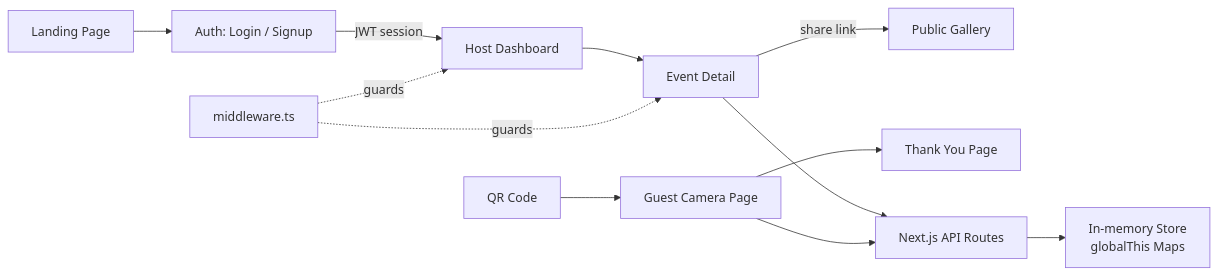
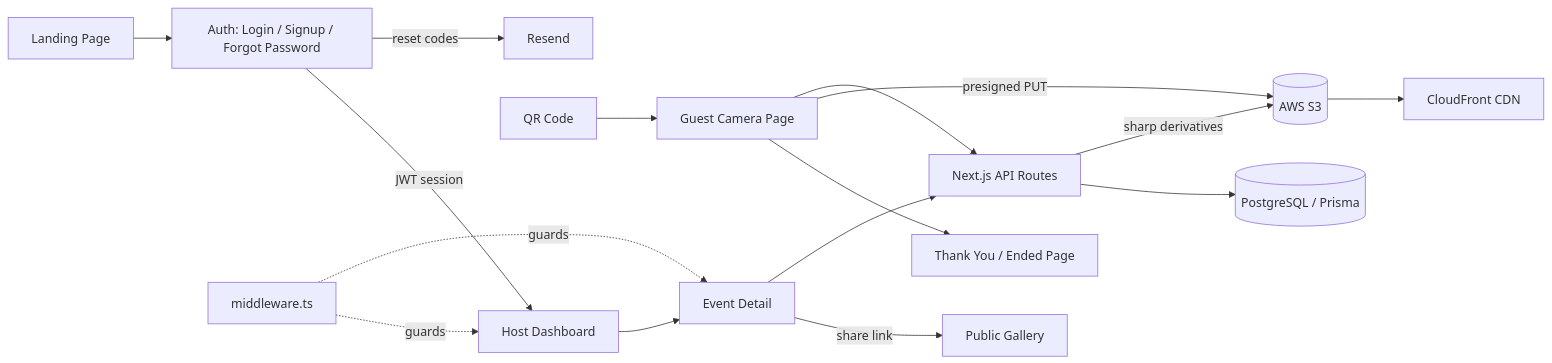
One commit to PrathikVittal/disposable-camera changed the diagram in disposable-camera-event-app-prd_cc74b834.plan.md. Above: the diagram before and after it, drawn with Mermaid. The commit also changed other lines of this file and 2 other files, not shown here.

````diff
--- a/disposable-camera-event-app-prd_cc74b834.plan.md
+++ b/disposable-camera-event-app-prd_cc74b834.plan.md
@@ -317,14 +396,18 @@
 ```mermaid
 flowchart LR
-  landing[Landing Page] --> login[Auth: Login / Signup]
+  landing[Landing Page] --> login[Auth: Login / Signup / Forgot Password]
   login -->|JWT session| dashboard[Host Dashboard]
   dashboard --> eventDetail[Event Detail]
   eventDetail -->|share link| publicGallery[Public Gallery]
   qr[QR Code] --> guestCamera[Guest Camera Page]
-  guestCamera --> thanks[Thank You Page]
+  guestCamera --> thanks[Thank You / Ended Page]
   middleware[middleware.ts] -.->|guards| dashboard
   middleware -.->|guards| eventDetail
   eventDetail --> api[Next.js API Routes]
+  guestCamera -->|presigned PUT| s3[(AWS S3)]
   guestCamera --> api
-  api --> store[In-memory Store\nglobalThis Maps]
+  api --> db[(PostgreSQL / Prisma)]
+  api -->|sharp derivatives| s3
+  s3 --> cdn[CloudFront CDN]
+  login -->|reset codes| email[Resend]
 ```
````
